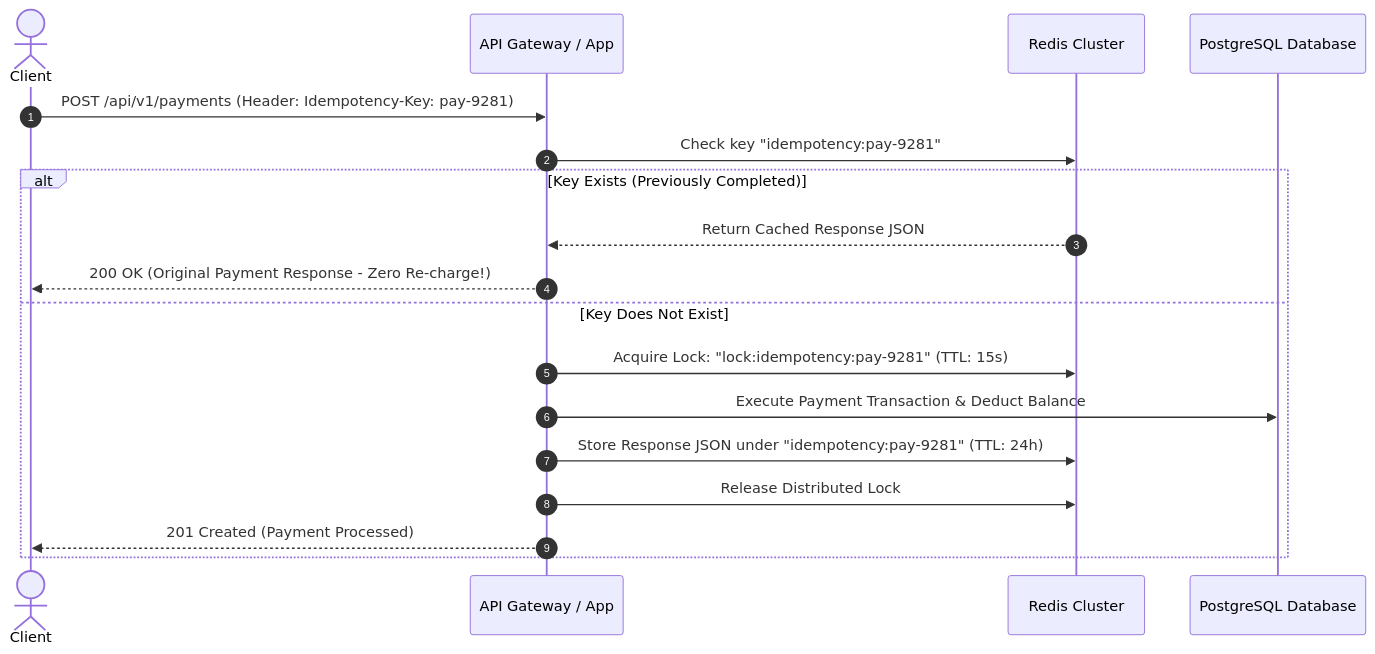
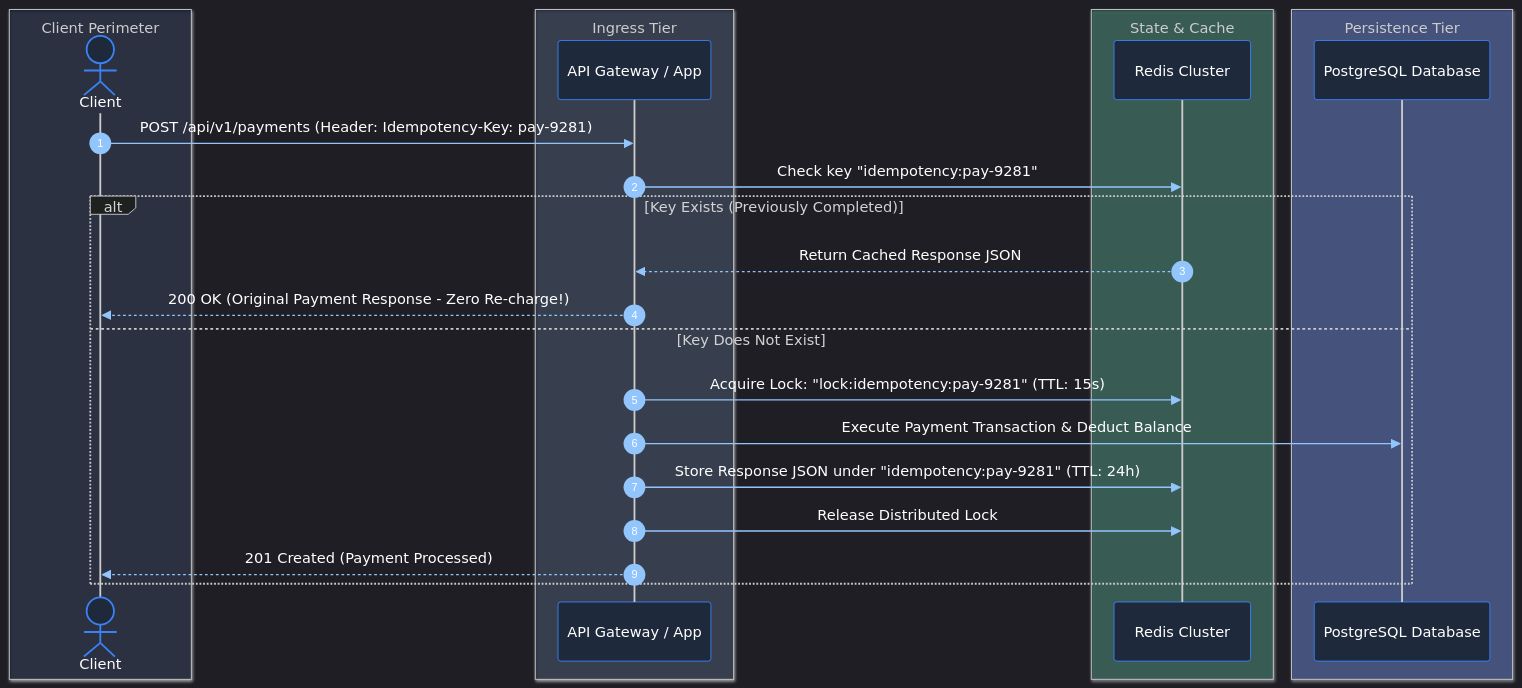
The tenth of 20 diagrams in Java Backend Engineering/13_microservices_distributed_systems_system_design.md (joydeep-biswas/Interview-Preparation), drawn with Mermaid before and after one commit. The commit also changed other lines of this file and 76 other files, not shown here.

Commit message:
Updated Charts

````diff
--- a/Java Backend Engineering/13_microservices_distributed_systems_system_design.md
+++ b/Java Backend Engineering/13_microservices_distributed_systems_system_design.md
@@ -551,21 +556,30 @@
 ```mermaid
+%%{init: {'theme': 'dark', 'themeVariables': { 'actorBkg': '#1e293b', 'actorBorder': '#3b82f6', 'actorTextColor': '#ffffff', 'signalColor': '#93c5fd', 'signalTextColor': '#ffffff', 'noteBkgColor': '#1e293b', 'noteBorderColor': '#f59e0b', 'noteTextColor': '#fde68a', 'activationBkgColor': '#3b82f6', 'sequenceNumberColor': '#ffffff' }}}%%
 sequenceDiagram
     autonumber
-    actor Client
-    participant GW as API Gateway / App
-    participant Redis as Redis Cluster
-    participant DB as PostgreSQL Database
+    box rgba(15, 23, 42, 0.8) Client Perimeter
+        actor Client
+    end
+    box rgba(30, 41, 59, 0.8) Ingress Tier
+        participant GW as API Gateway / App
+    end
+    box rgba(6, 78, 59, 0.5) State & Cache
+        participant Redis as Redis Cluster
+    end
+    box rgba(30, 58, 138, 0.5) Persistence Tier
+        participant DB as PostgreSQL Database
+    end
 
     Client->>GW: POST /api/v1/payments (Header: Idempotency-Key: pay-9281)
     GW->>Redis: Check key "idempotency:pay-9281"
     alt Key Exists (Previously Completed)
         Redis-->>GW: Return Cached Response JSON
         GW-->>Client: 200 OK (Original Payment Response - Zero Re-charge!)
     else Key Does Not Exist
         GW->>Redis: Acquire Lock: "lock:idempotency:pay-9281" (TTL: 15s)
         GW->>DB: Execute Payment Transaction & Deduct Balance
         GW->>Redis: Store Response JSON under "idempotency:pay-9281" (TTL: 24h)
         GW->>Redis: Release Distributed Lock
         GW-->>Client: 201 Created (Payment Processed)
     end
 ```
````
